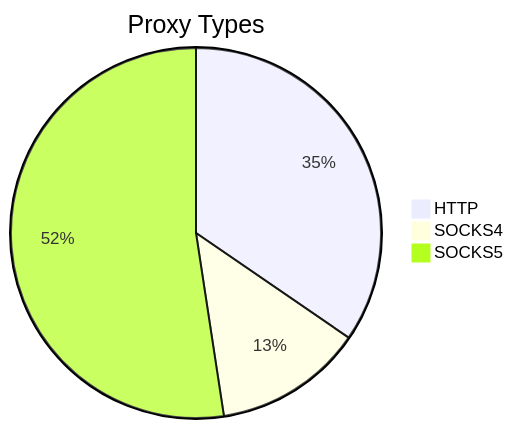
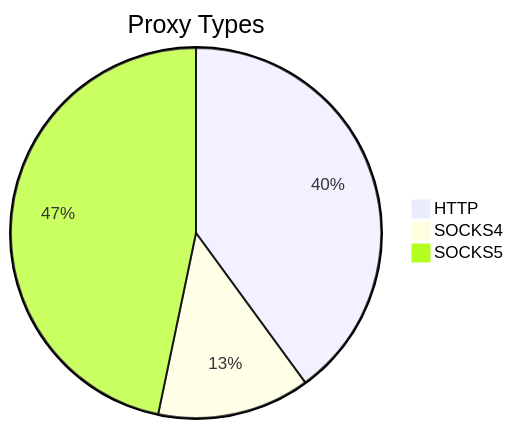
Before and after one commit to stormsia/proxy-list: the first of 2 diagrams in README.md, drawn with Mermaid. The commit also changed other lines of this file, not shown here.

````diff
--- a/README.md
+++ b/README.md
@@ -21,6 +21,6 @@
 ```mermaid
 pie title Proxy Types
-    "HTTP" : 215
-    "SOCKS4" : 81
-    "SOCKS5" : 326
+    "HTTP" : 189
+    "SOCKS4" : 63
+    "SOCKS5" : 221
 ```
````
